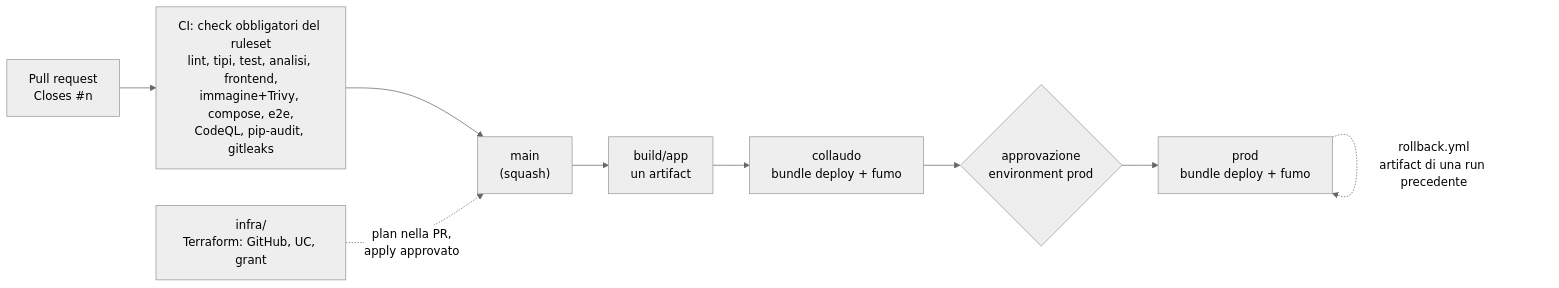
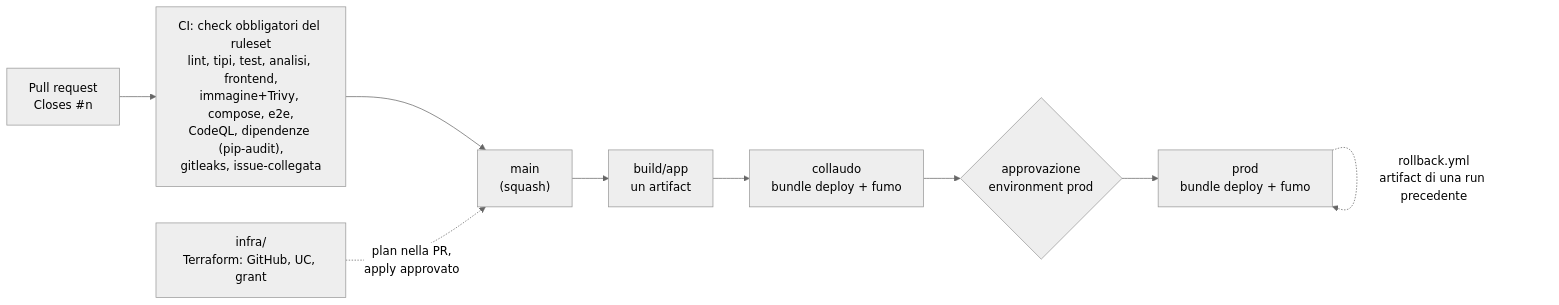
One commit to fabiocampus/academy-hub changed the fourth of 4 diagrams in docs/architettura.md. Above: the diagram before and after it, drawn with Mermaid (neutral theme). The commit also changed other lines of this file and 5 other files, not shown here.

````diff
--- a/docs/architettura.md
+++ b/docs/architettura.md
@@ -97,11 +100,11 @@
 ```mermaid
 flowchart LR
-    pr["Pull request<br/>Closes #n"] --> ci["CI: check obbligatori del ruleset<br/>lint, tipi, test, analisi, frontend,<br/>immagine+Trivy, compose, e2e,<br/>CodeQL, pip-audit, gitleaks"]
+    pr["Pull request<br/>Closes #n"] --> ci["CI: check obbligatori del ruleset<br/>lint, tipi, test, analisi, frontend,<br/>immagine+Trivy, compose, e2e,<br/>CodeQL, dipendenze (pip-audit),<br/>gitleaks, issue-collegata"]
     ci --> main["main<br/>(squash)"]
     main --> build["build/app<br/>un artifact"]
     build --> coll["collaudo<br/>bundle deploy + fumo"]
     coll --> appr{"approvazione<br/>environment prod"}
     appr --> prod["prod<br/>bundle deploy + fumo"]
     prod -. "rollback.yml<br/>artifact di una run precedente" .-> prod
     infra["infra/<br/>Terraform: GitHub, UC, grant"] -. "plan nella PR,<br/>apply approvato" .-> main
 ```
````
